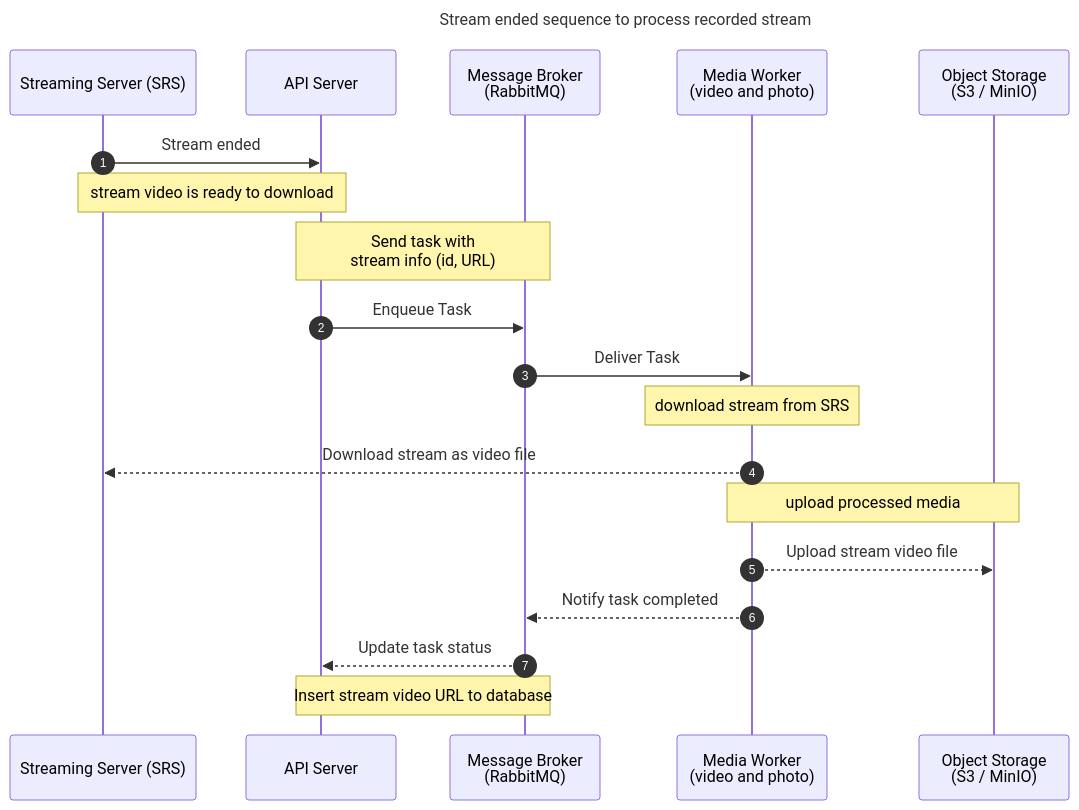
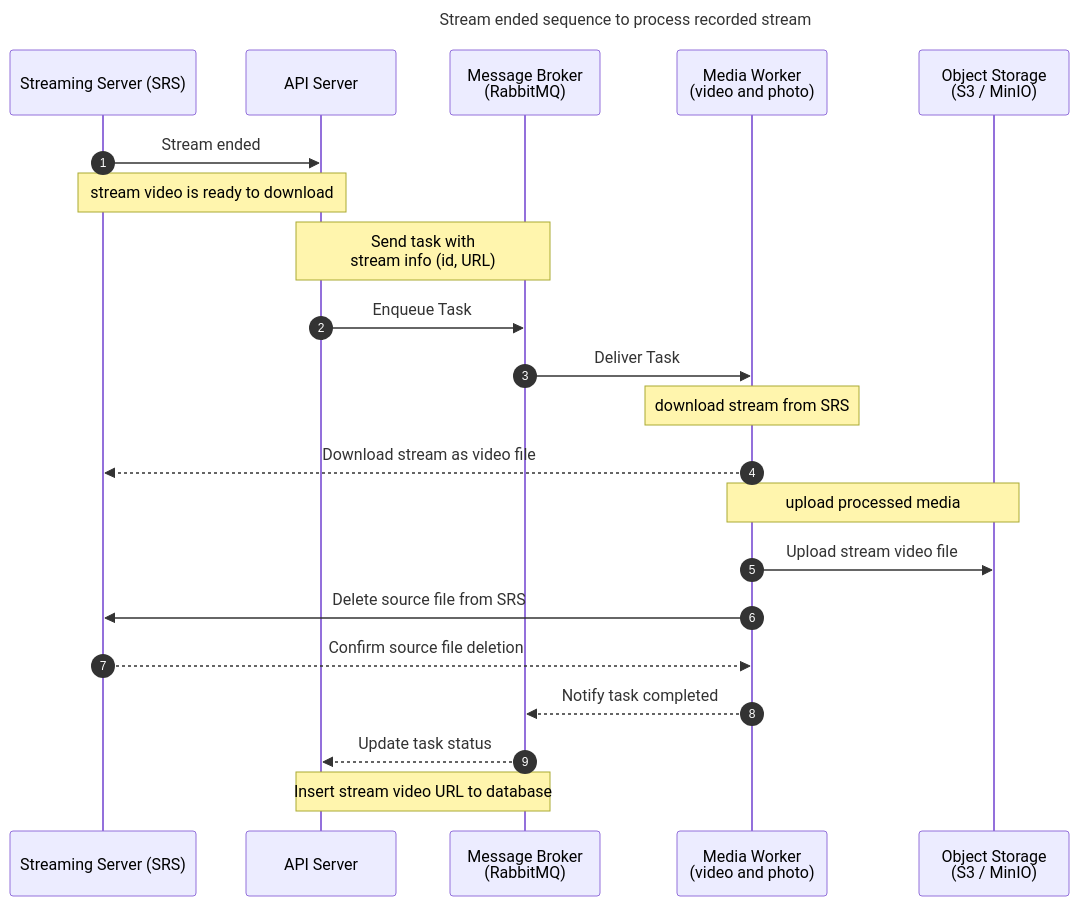
Before and after one commit to MaciejWojs/better-buddyshare-backend: the diagram in diagrams/sequence/StreamEnded.mmd, drawn with Mermaid.

Commit message:
fix: update StreamEnded sequence diagram to include source file deletion process

```diff
--- a/diagrams/sequence/StreamEnded.mmd
+++ b/diagrams/sequence/StreamEnded.mmd
@@ -1,28 +1,32 @@
 sequenceDiagram title Stream ended sequence to process recorded stream
     participant SRS as Streaming Server (SRS)
     participant API as API Server
     %% participant RabbitMQ
     participant RabbitMQ as Message Broker <br /> (RabbitMQ)
     %% participant RabbitMQ@{"type":"queue"}
     participant Worker as Media Worker <br /> (video and photo)
     participant Storage as Object Storage <br /> (S3 / MinIO)
     
     autonumber
     
     SRS ->> API: Stream ended
     Note over SRS,API: stream video is ready to download
 
     Note over API,RabbitMQ: Send task with <br />stream info (id, URL)
     API ->> RabbitMQ: Enqueue Task
     
     RabbitMQ ->> Worker: Deliver Task
     
     Note over Worker: download stream from SRS
     Worker -->> SRS: Download stream as video file
 
     Note over Worker,Storage: upload processed media
-    Worker -->> Storage: Upload stream video file
+    Worker ->> Storage: Upload stream video file
+
+    Worker ->> SRS: Delete source file from SRS
+
+    SRS -->> Worker: Confirm source file deletion
 
     Worker -->> RabbitMQ: Notify task completed
     RabbitMQ -->> API: Update task status
     Note over API,RabbitMQ: Insert stream video URL to database
```
